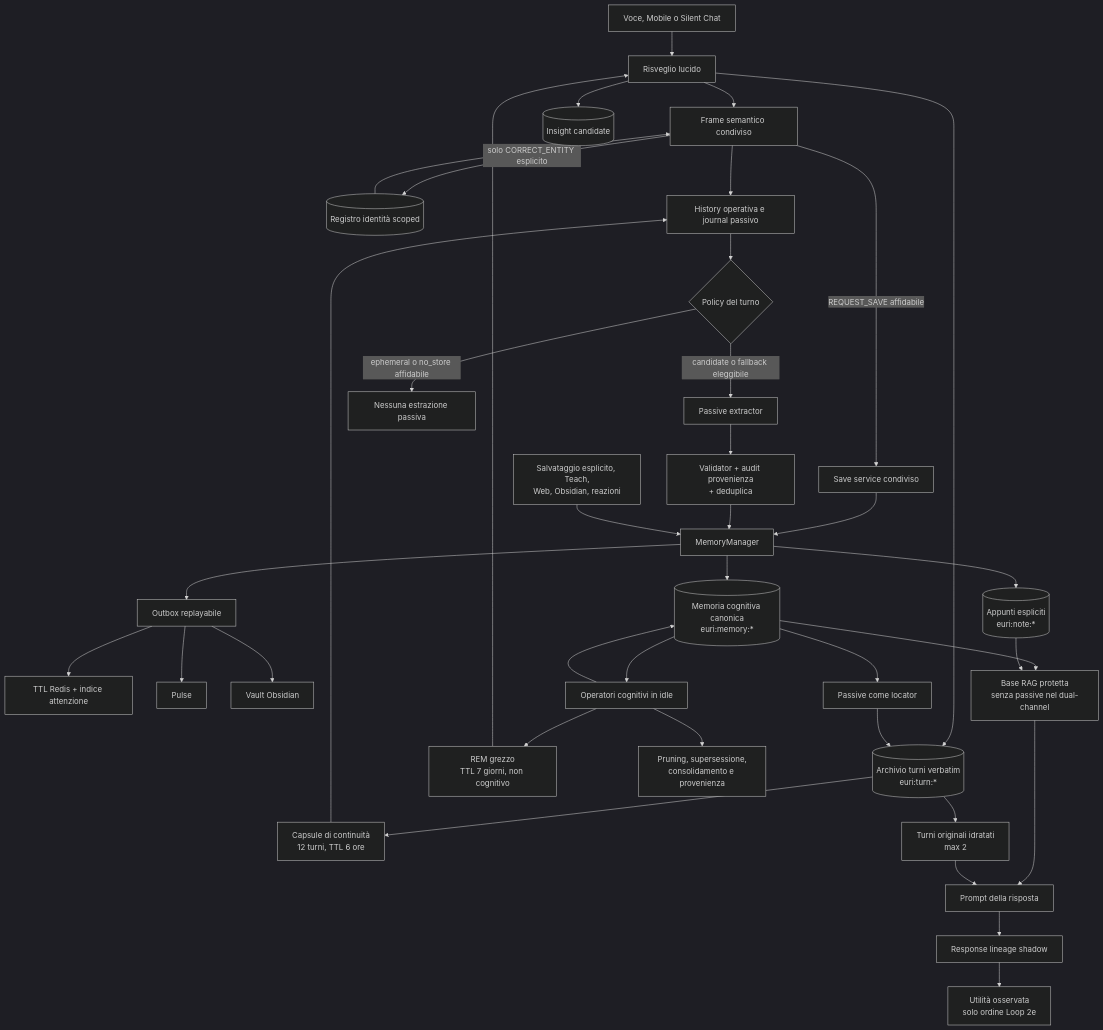
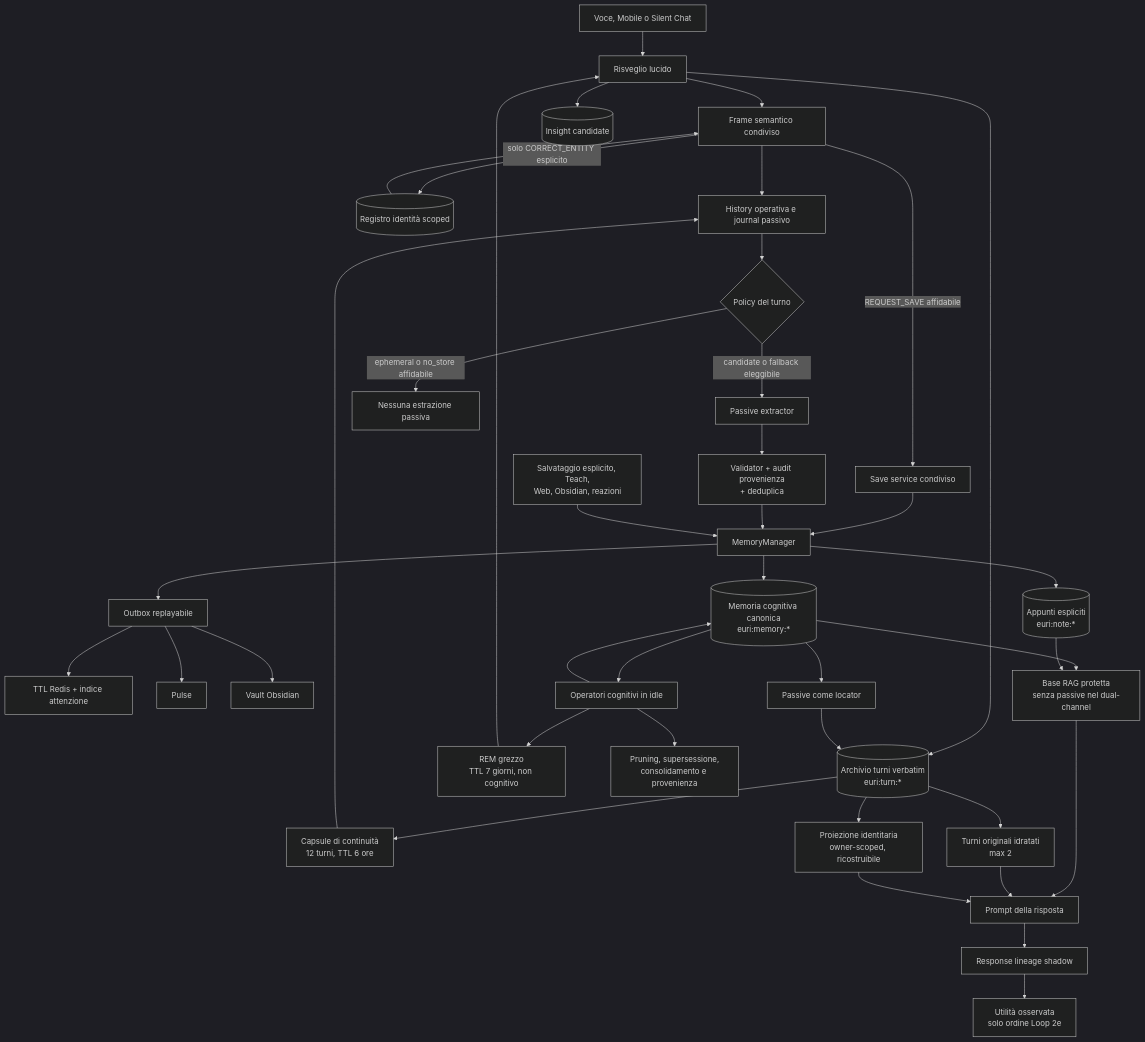
Before and after one commit to fioruccione/euri: the first of 4 diagrams in docs/EURI_MEMORY_ARCHITECTURE.md, drawn with Mermaid (dark theme). The commit also changed other lines of this file and 116 other files, not shown here.

````diff
--- a/docs/EURI_MEMORY_ARCHITECTURE.md
+++ b/docs/EURI_MEMORY_ARCHITECTURE.md
@@ -30,43 +30,45 @@
 ```mermaid
 flowchart TB
     U[Voce, Mobile o Silent Chat] --> W[Whisper o testo raw]
     W --> S[Frame semantico condiviso]
     W --> T[(Archivio turni verbatim<br/>euri:turn:*)]
     S -->|solo CORRECT_ENTITY esplicito| AR[(Registro identità scoped)]
     AR --> S
     S --> H[History operativa e journal passivo]
     S -->|REQUEST_SAVE affidabile| SV[Save service condiviso]
     SV --> M
     T --> C[Capsule di continuità<br/>12 turni, TTL 6 ore]
     C --> H
+    T --> PM[Proiezione identitaria<br/>owner-scoped, ricostruibile]
 
     H --> P{Policy del turno}
     P -->|candidate o fallback eleggibile| E[Passive extractor]
     P -->|ephemeral o no_store affidabile| X[Nessuna estrazione passiva]
     E --> V[Validator + audit provenienza<br/>+ deduplica]
     V --> M[MemoryManager]
     A[Salvataggio esplicito, Teach,<br/>Web, Obsidian, reazioni] --> M
     M --> J[(Memoria cognitiva canonica<br/>euri:memory:*)]
     M --> N[(Appunti espliciti<br/>euri:note:*)]
     M --> O[Outbox replayabile]
     O --> TTL[TTL Redis + indice attenzione]
     O --> PU[Pulse]
     O --> OB[Vault Obsidian]
 
     J --> R[Base RAG protetta<br/>senza passive nel dual-channel]
     N --> R
     J --> L[Passive come locator]
     L --> T
     T --> D[Turni originali idratati<br/>max 2]
     R --> Q[Prompt della risposta]
     D --> Q
+    PM --> Q
     Q --> RL[Response lineage shadow]
     RL --> UT[Utilità osservata<br/>solo ordine Loop 2e]
 
     J --> DR[Operatori cognitivi in idle]
     DR --> J
     DR --> REM[REM grezzo<br/>TTL 7 giorni, non cognitivo]
     REM --> W[Risveglio lucido]
     W --> I[(Insight candidate)]
     DR --> PR[Pruning, supersessione,<br/>consolidamento e provenienza]
 ```
````
